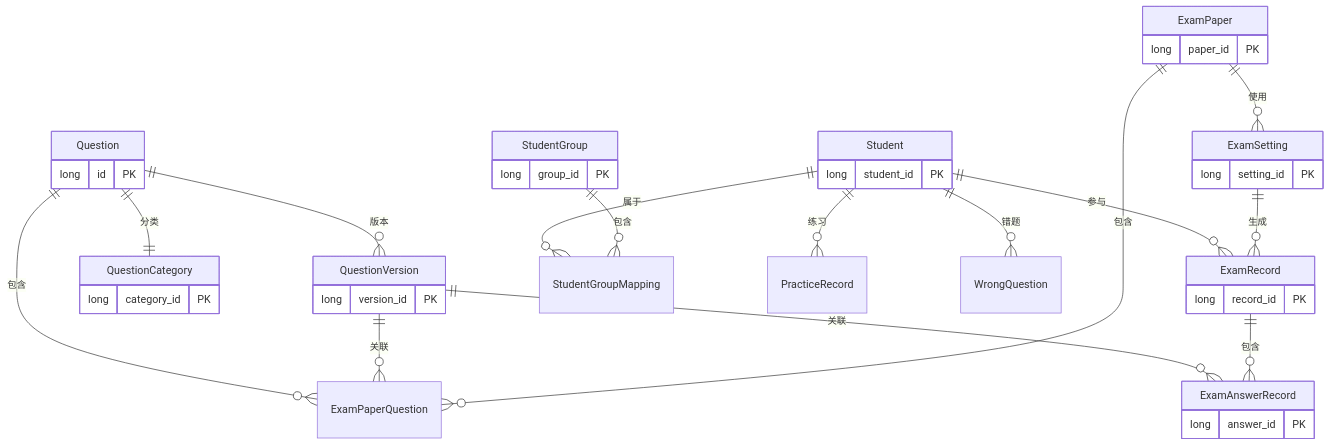
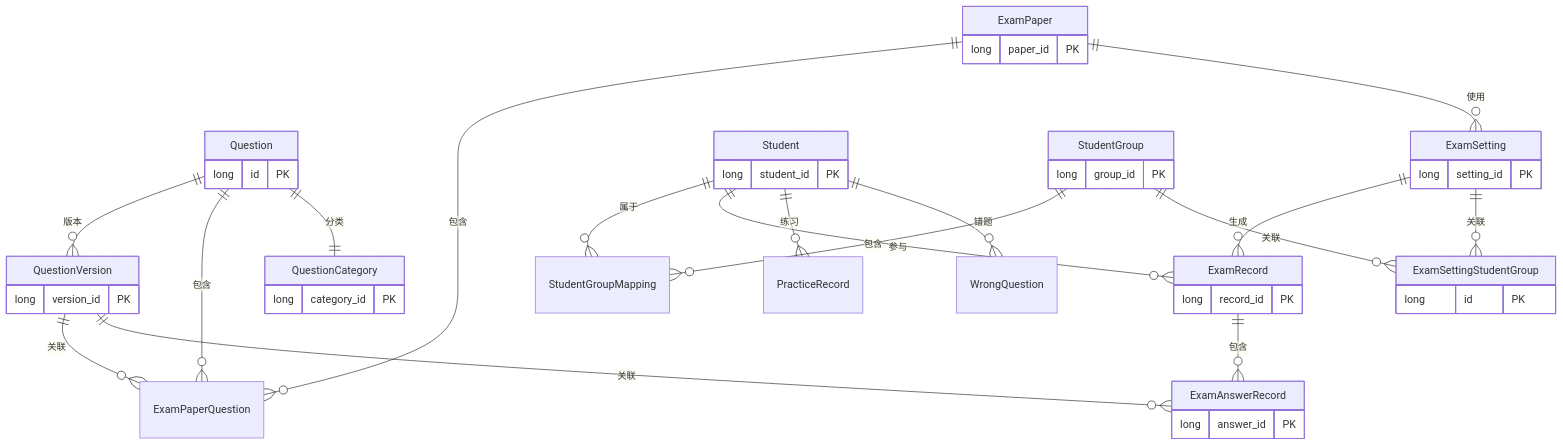
The diagram in Src/CodeSpirit.ExamApi/Data/README.md (jianyuyanyu/CodeSpirit), drawn with Mermaid before and after one commit. The commit also changed other lines of this file, not shown here.

````diff
--- a/Src/CodeSpirit.ExamApi/Data/README.md
+++ b/Src/CodeSpirit.ExamApi/Data/README.md
@@ -5,47 +5,52 @@
 ```mermaid
 erDiagram
     %% 实体定义
     Question {
         long id PK
     }
     QuestionVersion {
         long version_id PK
     }
     QuestionCategory {
         long category_id PK
     }
     ExamPaper {
         long paper_id PK
     }
     ExamSetting {
         long setting_id PK
     }
     Student {
         long student_id PK
     }
     StudentGroup {
         long group_id PK
     }
     ExamRecord {
         long record_id PK
     }
     ExamAnswerRecord {
         long answer_id PK
     }
+    ExamSettingStudentGroup {
+        long id PK
+    }
 
     %% 关系定义
     Question ||--o{ QuestionVersion : "版本"
     Question ||--o{ ExamPaperQuestion : "包含"
     Question ||--|| QuestionCategory : "分类"
     QuestionVersion ||--o{ ExamPaperQuestion : "关联"
     QuestionVersion ||--o{ ExamAnswerRecord : "关联"
     ExamPaper ||--o{ ExamPaperQuestion : "包含"
     ExamPaper ||--o{ ExamSetting : "使用"
     Student ||--o{ StudentGroupMapping : "属于"
     StudentGroup ||--o{ StudentGroupMapping : "包含"
     Student ||--o{ ExamRecord : "参与"
     Student ||--o{ PracticeRecord : "练习"
     Student ||--o{ WrongQuestion : "错题"
     ExamSetting ||--o{ ExamRecord : "生成"
     ExamRecord ||--o{ ExamAnswerRecord : "包含"
+    ExamSetting ||--o{ ExamSettingStudentGroup : "关联"
+    StudentGroup ||--o{ ExamSettingStudentGroup : "关联"
 ```
````
